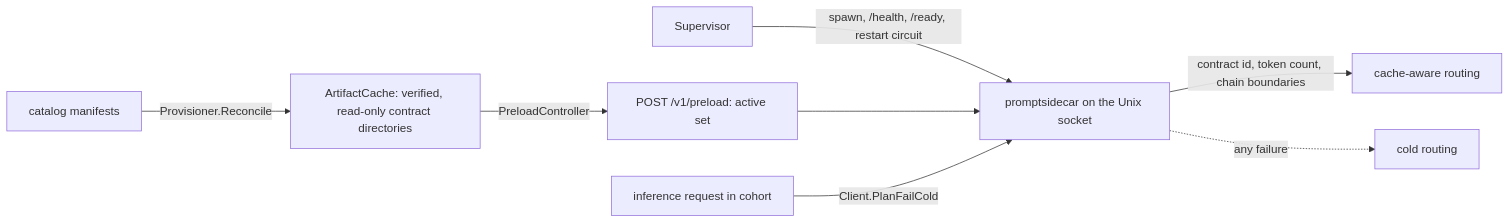
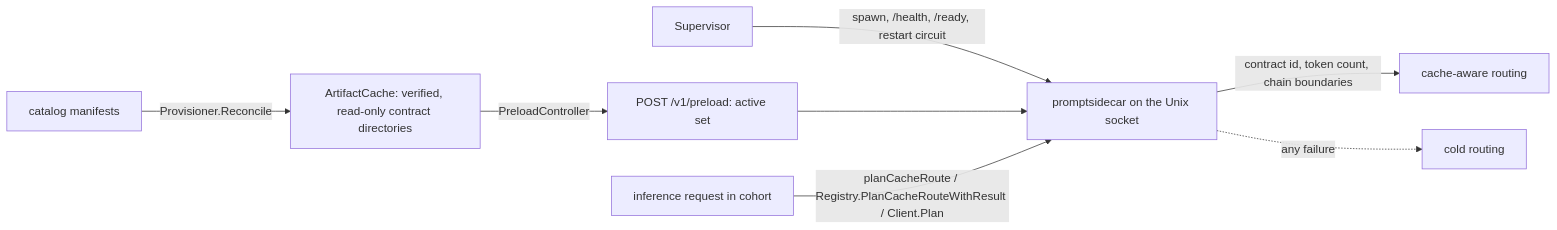
Before and after one commit to Layr-Labs/d-inference: the diagram in docs/architecture/prompt-contract-sidecar.md, drawn with Mermaid. The commit also changed other lines of this file and 20 other files, not shown here.

````diff
--- a/docs/architecture/prompt-contract-sidecar.md
+++ b/docs/architecture/prompt-contract-sidecar.md
@@ -45,10 +53,10 @@
 ```mermaid
 flowchart LR
     CAT[catalog manifests] -- Provisioner.Reconcile --> AC[ArtifactCache: verified, read-only contract directories]
     AC -- PreloadController --> PRE[POST /v1/preload: active set]
     SUP[Supervisor] -- spawn, /health, /ready, restart circuit --> SC[promptsidecar on the Unix socket]
     PRE --> SC
-    REQ[inference request in cohort] -- Client.PlanFailCold --> SC
+    REQ[inference request in cohort] -- planCacheRoute / Registry.PlanCacheRouteWithResult / Client.Plan --> SC
     SC -- contract id, token count, chain boundaries --> ROUTE[cache-aware routing]
     SC -. any failure .-> COLD[cold routing]
 ```
````
